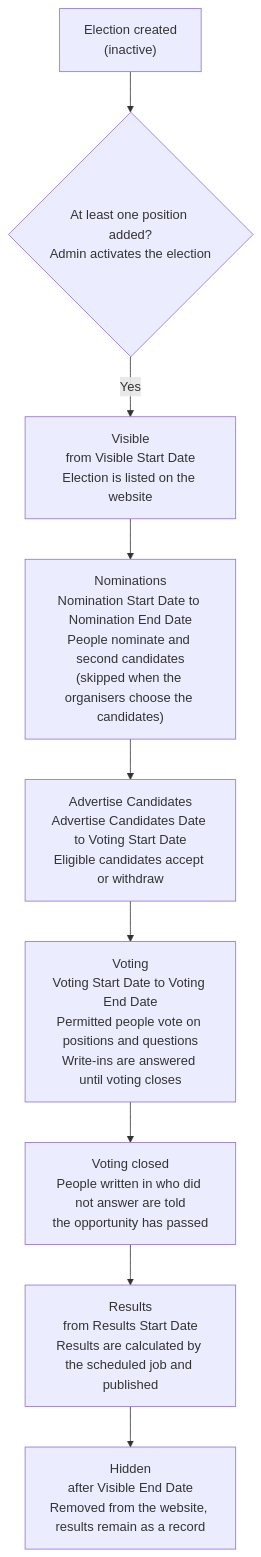
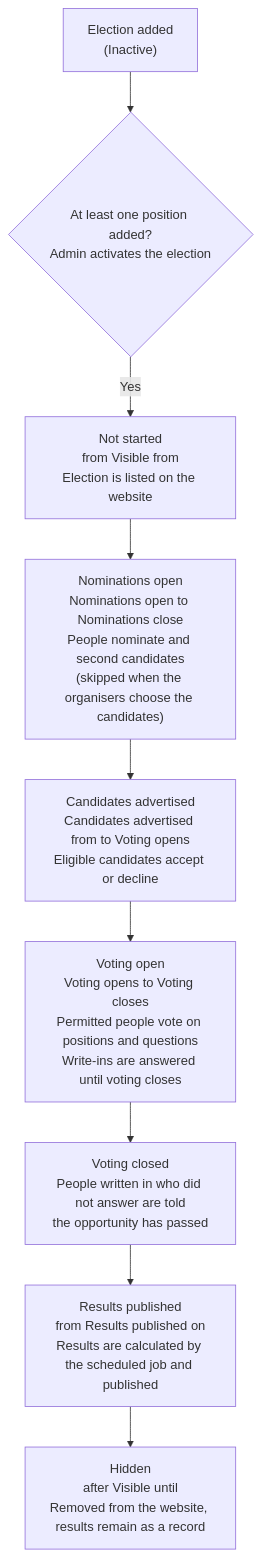
One commit to agileware/au.com.agileware.elections changed the first of 8 diagrams in docs/workflows.md. Above: the diagram before and after it, drawn with Mermaid. The commit also changed other lines of this file and 198 other files, not shown here.

````diff
--- a/docs/workflows.md
+++ b/docs/workflows.md
@@ -9,11 +9,11 @@
 ```mermaid
 flowchart TD
-    A["Election created<br/>(inactive)"] --> B{"At least one position added?<br/>Admin activates the election"}
-    B -->|Yes| C["Visible<br/>from Visible Start Date<br/>Election is listed on the website"]
-    C --> D["Nominations<br/>Nomination Start Date to Nomination End Date<br/>People nominate and second candidates<br/>(skipped when the organisers choose the candidates)"]
-    D --> E["Advertise Candidates<br/>Advertise Candidates Date to Voting Start Date<br/>Eligible candidates accept or withdraw"]
-    E --> F["Voting<br/>Voting Start Date to Voting End Date<br/>Permitted people vote on positions and questions<br/>Write-ins are answered until voting closes"]
+    A["Election added<br/>(Inactive)"] --> B{"At least one position added?<br/>Admin activates the election"}
+    B -->|Yes| C["Not started<br/>from Visible from<br/>Election is listed on the website"]
+    C --> D["Nominations open<br/>Nominations open to Nominations close<br/>People nominate and second candidates<br/>(skipped when the organisers choose the candidates)"]
+    D --> E["Candidates advertised<br/>Candidates advertised from to Voting opens<br/>Eligible candidates accept or decline"]
+    E --> F["Voting open<br/>Voting opens to Voting closes<br/>Permitted people vote on positions and questions<br/>Write-ins are answered until voting closes"]
     F --> G["Voting closed<br/>People written in who did not answer are told<br/>the opportunity has passed"]
-    G --> H["Results<br/>from Results Start Date<br/>Results are calculated by the scheduled job and published"]
-    H --> I["Hidden<br/>after Visible End Date<br/>Removed from the website, results remain as a record"]
+    G --> H["Results published<br/>from Results published on<br/>Results are calculated by the scheduled job and published"]
+    H --> I["Hidden<br/>after Visible until<br/>Removed from the website, results remain as a record"]
 ```
````
